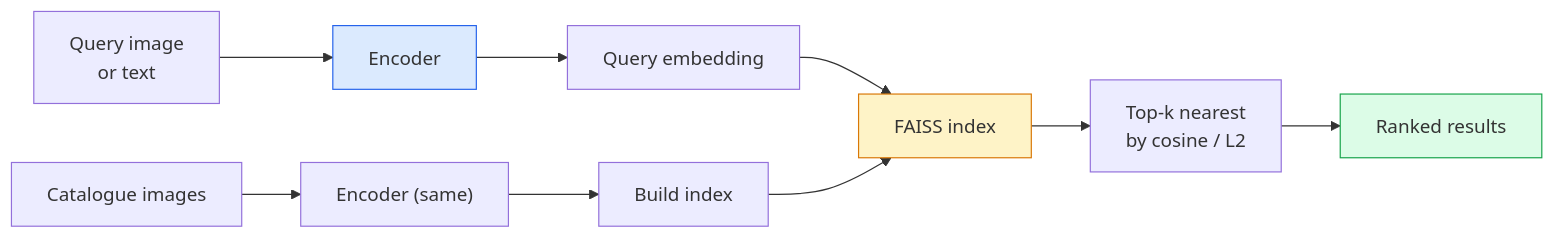
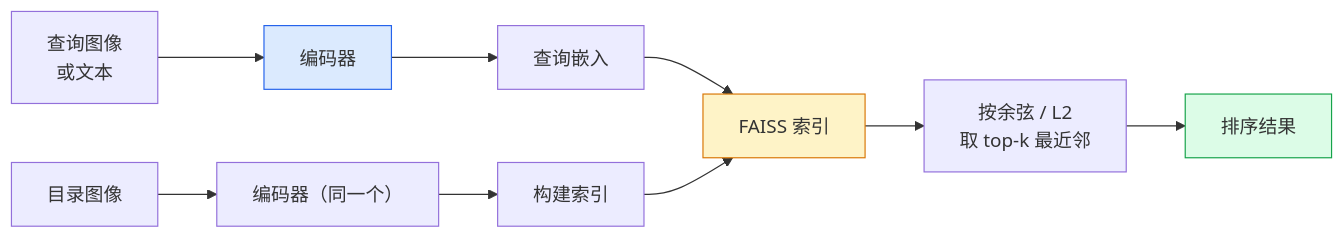
Before and after one commit to alessandrodinisio-ai/ai-engineering-learning-framework: the diagram in phases/04-computer-vision/20-image-retrieval-metric/docs/en.md, drawn with Mermaid. The commit also changed other lines of this file and 443 other files, not shown here.

First line of the commit message:
feat(zh): 完成 435 节课程文档 + README/ROADMAP/术语表 + 网站 UI 全量中文化

````diff
--- a/phases/04-computer-vision/20-image-retrieval-metric/docs/en.md
+++ b/phases/04-computer-vision/20-image-retrieval-metric/docs/en.md
@@ -29,14 +29,14 @@
 ```mermaid
 flowchart LR
-    Q["Query image<br/>or text"] --> ENC["Encoder"]
-    ENC --> EMB["Query embedding"]
-    EMB --> IDX["FAISS index"]
-    CAT["Catalogue images"] --> ENC2["Encoder (same)"] --> IDX_BUILD["Build index"]
+    Q["查询图像<br/>或文本"] --> ENC["编码器"]
+    ENC --> EMB["查询嵌入"]
+    EMB --> IDX["FAISS 索引"]
+    CAT["目录图像"] --> ENC2["编码器（同一个）"] --> IDX_BUILD["构建索引"]
     IDX_BUILD --> IDX
-    IDX --> RANK["Top-k nearest<br/>by cosine / L2"]
-    RANK --> OUT["Ranked results"]
+    IDX --> RANK["按余弦 / L2<br/>取 top-k 最近邻"]
+    RANK --> OUT["排序结果"]
 
     style ENC fill:#dbeafe,stroke:#2563eb
     style IDX fill:#fef3c7,stroke:#d97706
     style OUT fill:#dcfce7,stroke:#16a34a
 ```
````
